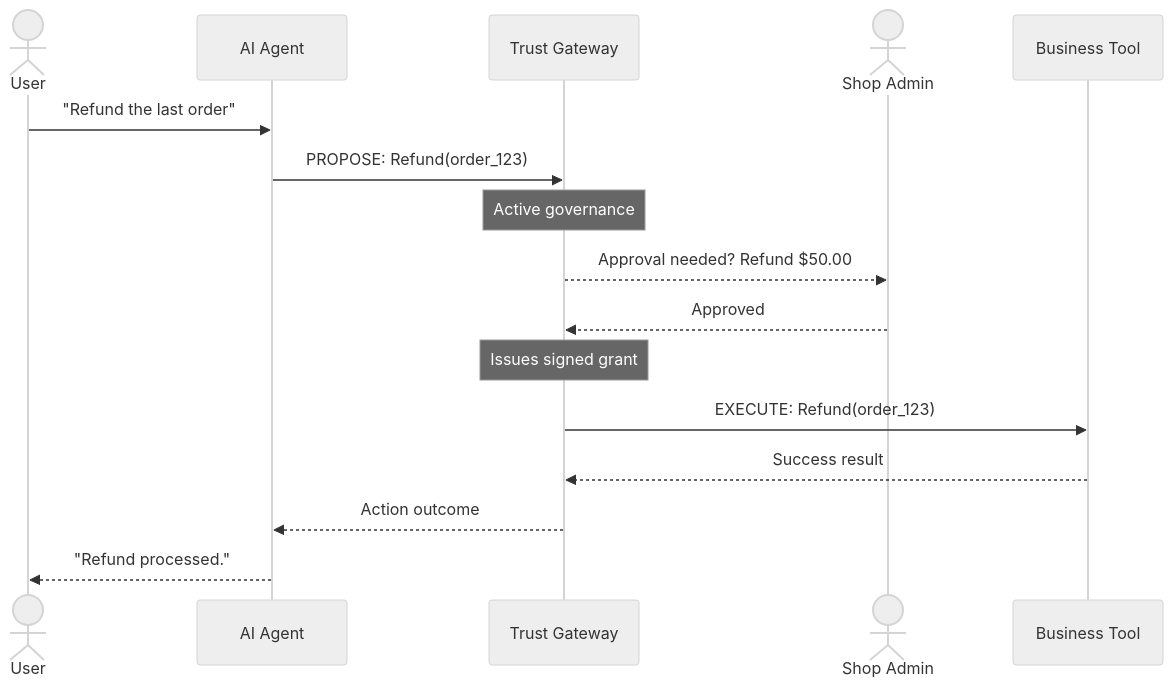
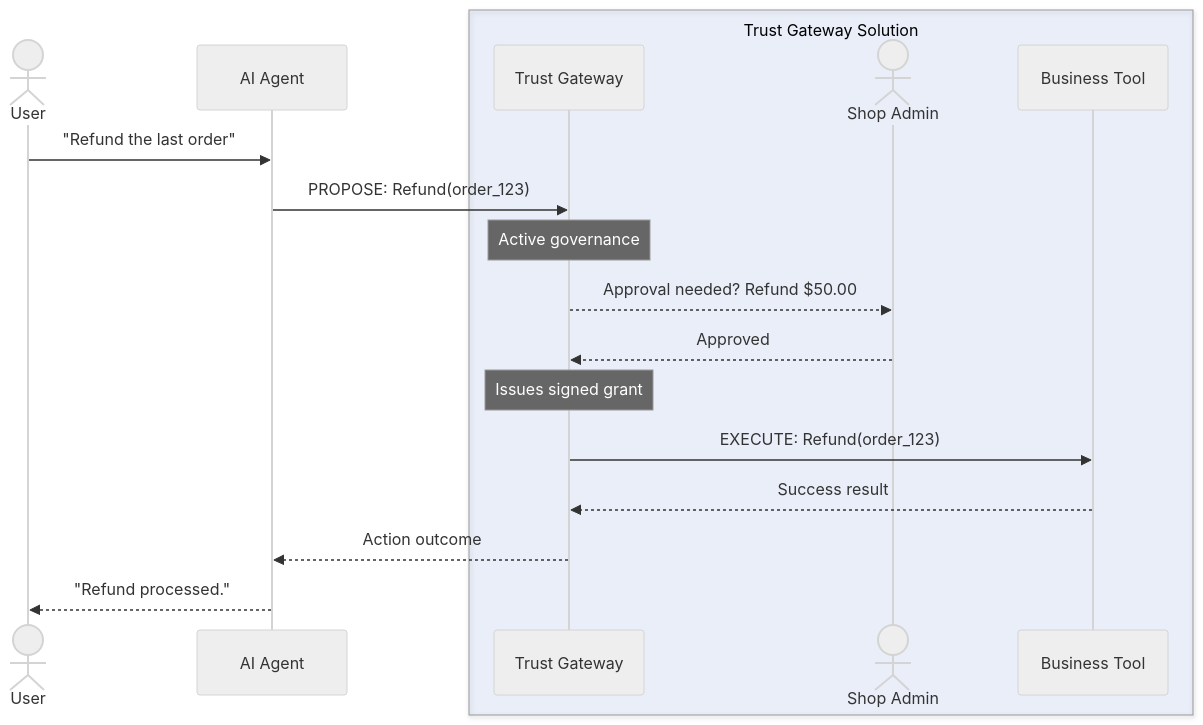
One commit to fcn06/trust_gateway changed the diagram in README.md. Above: the diagram before and after it, drawn with Mermaid (neutral theme). The commit also changed 1 other file, not shown here.

Commit message:
Update community edition from monorepo (2026-05-01 09:53:06)
Phase 5: Repository sync complete.

Synced changes from lianxi-community source.
All io.antigravity references purged. Canonical namespace: io.lianxi

````diff
--- a/README.md
+++ b/README.md
@@ -94,19 +94,22 @@
 ```mermaid
 sequenceDiagram
     actor User
     participant Agent as AI Agent
+
+    box rgba(100, 150, 255, 0.1)  Trust Gateway Solution
     participant GW as Trust Gateway
     actor Admin as Shop Admin
     participant BT as Business Tool
+    end
 
     User->>Agent: "Refund the last order"
     Agent->>GW: PROPOSE: Refund(order_123)
     Note over GW: Active governance
     GW-->>Admin: Approval needed? Refund $50.00
     Admin-->>GW: Approved
     Note over GW: Issues signed grant
     GW->>BT: EXECUTE: Refund(order_123)
     BT-->>GW: Success result
     GW-->>Agent: Action outcome
     Agent-->>User: "Refund processed."
 ```
````
